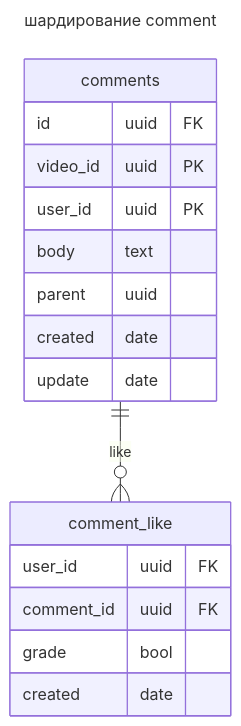
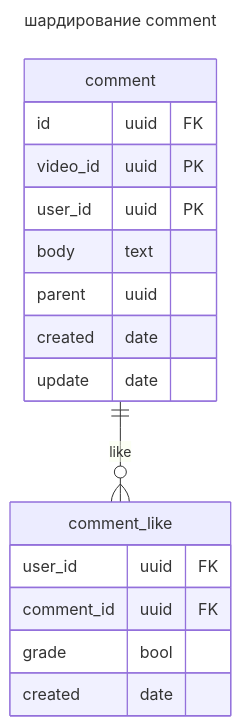
Before and after one commit to DmitriyKomarovCoder/higload-youtube: the fifth of 7 diagrams in README.md, drawn with Mermaid. The commit also changed other lines of this file and 1 other file, not shown here.

````diff
--- a/README.md
+++ b/README.md
@@ -698,23 +695,22 @@
 ```mermaid
 ---
 title: шардирование comment
 ---
 erDiagram
-    comments {
+    comment {
         id uuid FK
         video_id uuid PK
         user_id uuid PK
         body text
         parent uuid
         created date
         update date
     }
     comment_like {
         user_id uuid FK
         comment_id uuid FK
         grade bool
         created date
     }
-    comments ||--o{ comment_like : like
-
+    comment ||--o{ comment_like : like
 ```
````
